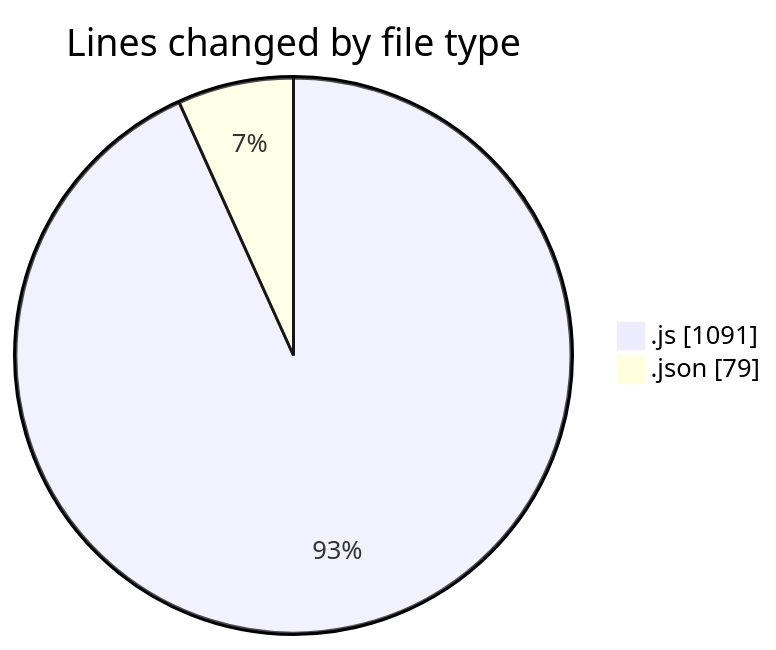
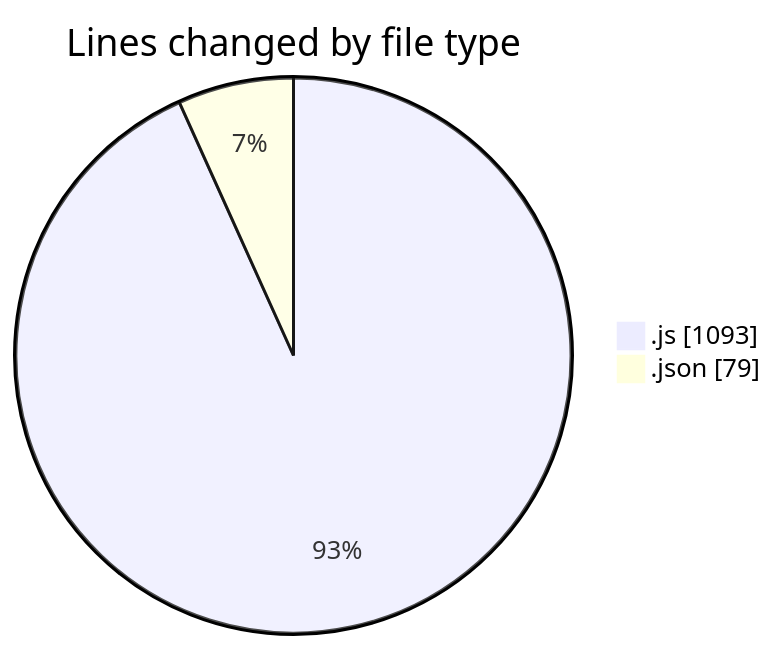
The first of 2 diagrams in 2025-01-31/cda/README.md (momahboobian/code-tracking), drawn with Mermaid before and after one commit. The commit also changed other lines of this file and 1 other file, not shown here.

````diff
--- a/2025-01-31/cda/README.md
+++ b/2025-01-31/cda/README.md
@@ -26,6 +26,6 @@
 ```mermaid
 pie showData
 title Lines changed by file type
-".js" : 1091
+".js" : 1093
 ".json" : 79
 ```
````
